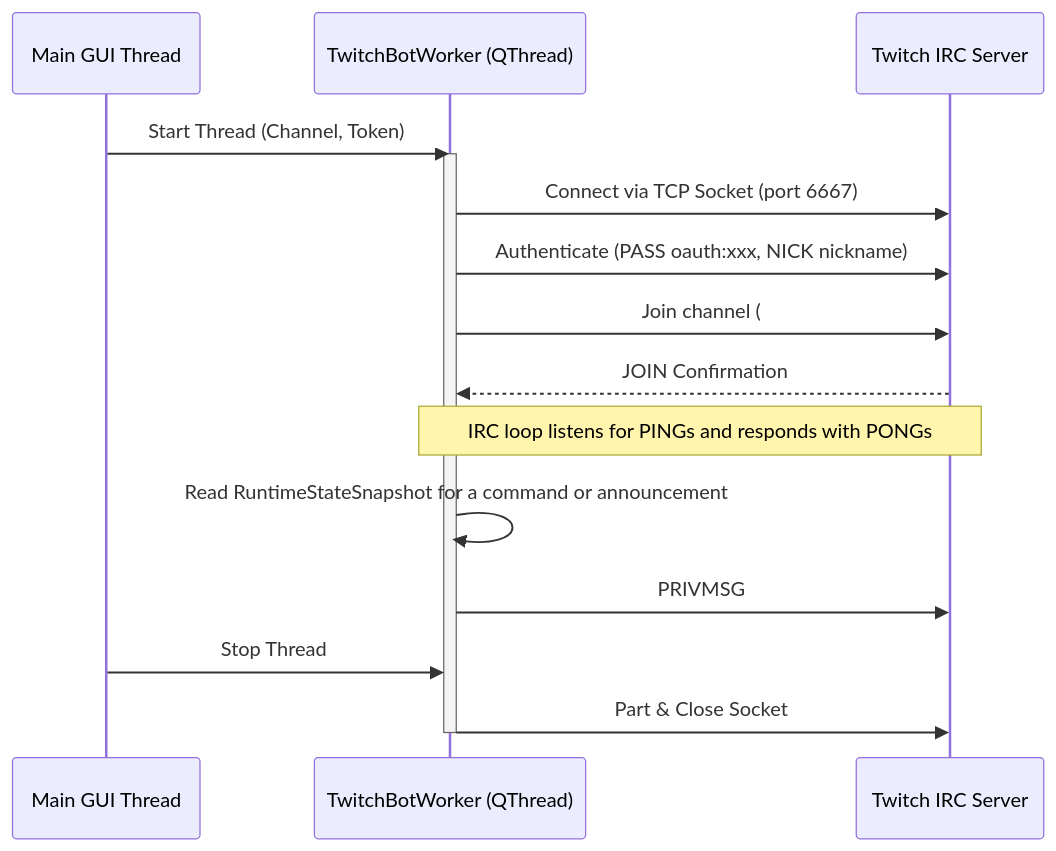
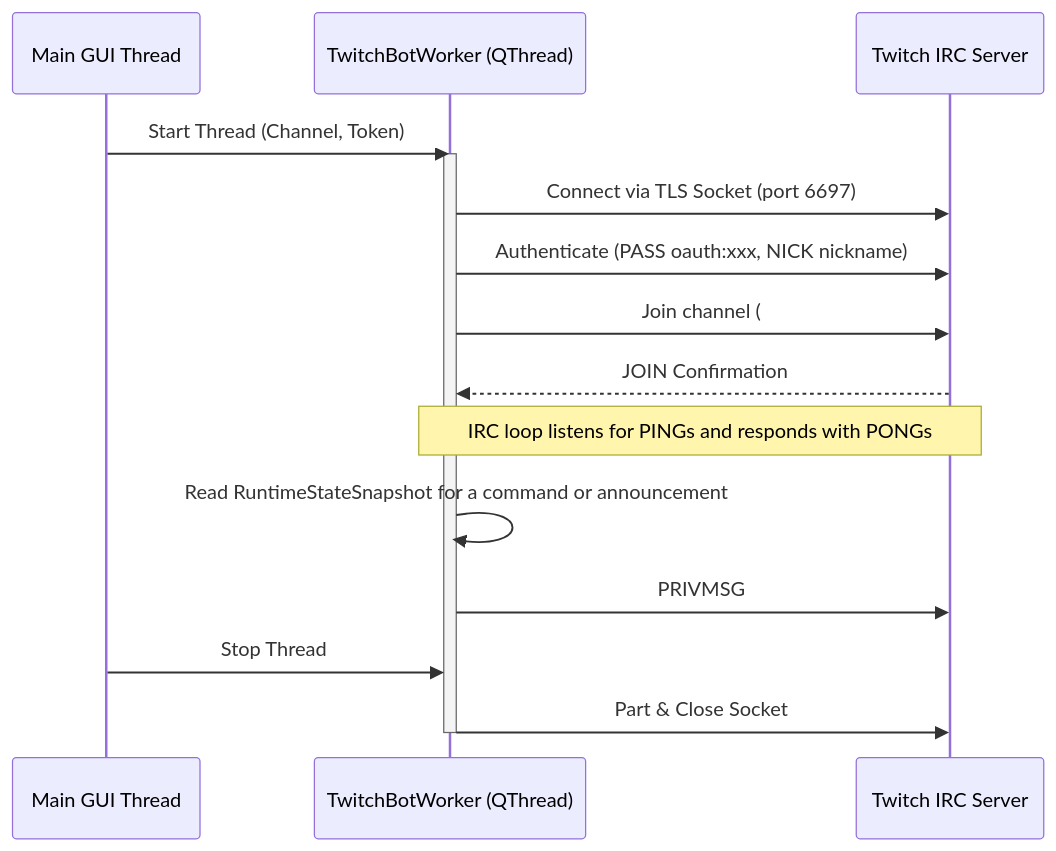
Before and after one commit to ALuiell/BonkScanner: the diagram in docs/wiki/Integrations_and_Overlay.md, drawn with Mermaid. The commit also changed other lines of this file and 30 other files, not shown here.

````diff
--- a/docs/wiki/Integrations_and_Overlay.md
+++ b/docs/wiki/Integrations_and_Overlay.md
@@ -17,22 +17,22 @@
 ```mermaid
 sequenceDiagram
     participant GUI as Main GUI Thread
     participant Bot as TwitchBotWorker (QThread)
     participant IRC as Twitch IRC Server
 
     GUI->>Bot: Start Thread (Channel, Token)
     activate Bot
-    Bot->>IRC: Connect via TCP Socket (port 6667)
+    Bot->>IRC: Connect via TLS Socket (port 6697)
     Bot->>IRC: Authenticate (PASS oauth:xxx, NICK nickname)
     Bot->>IRC: Join channel (#streamer)
     IRC-->>Bot: JOIN Confirmation
 
     Note over Bot, IRC: IRC loop listens for PINGs and responds with PONGs
 
     Bot->>Bot: Read RuntimeStateSnapshot for a command or announcement
     Bot->>IRC: PRIVMSG #streamer :Response or announcement
 
     GUI->>Bot: Stop Thread
     Bot->>IRC: Part & Close Socket
     deactivate Bot
 ```
````
